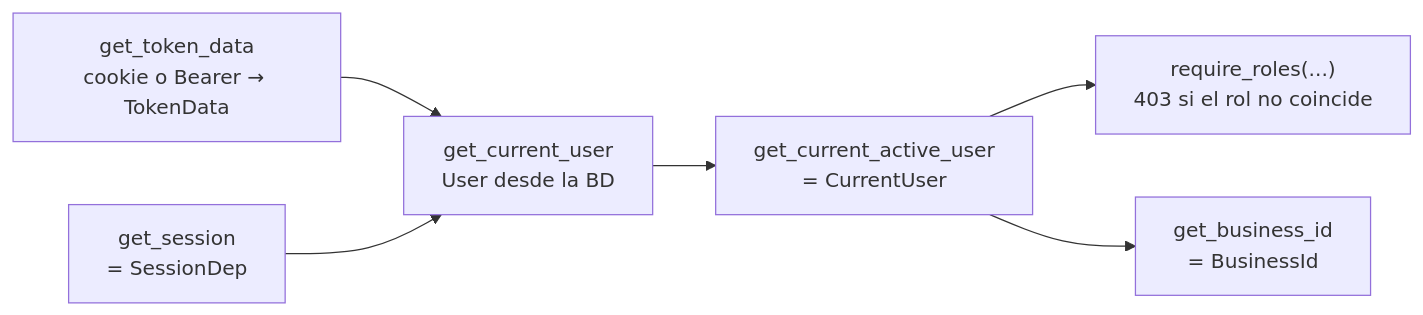
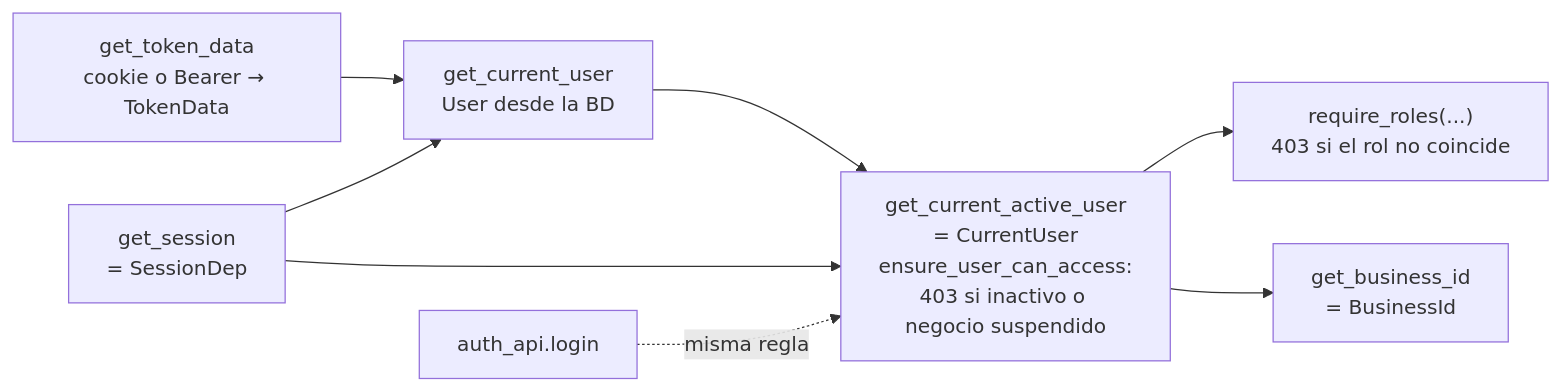
One commit to AGA-Studio/Member-Web changed the ninth of 11 diagrams in docs/ARCHITECTURE.md. Above: the diagram before and after it, drawn with Mermaid. The commit also changed other lines of this file, not shown here.

````diff
--- a/docs/ARCHITECTURE.md
+++ b/docs/ARCHITECTURE.md
@@ -216,8 +234,10 @@
 ```mermaid
 flowchart LR
     T["get_token_data<br/>cookie o Bearer → TokenData"] --> CU["get_current_user<br/>User desde la BD"]
-    CU --> CA["get_current_active_user<br/>= CurrentUser"]
+    CU --> CA["get_current_active_user<br/>= CurrentUser<br/>ensure_user_can_access:<br/>403 si inactivo o negocio suspendido"]
     CA --> RR["require_roles(...)<br/>403 si el rol no coincide"]
     CA --> BI["get_business_id<br/>= BusinessId"]
     SD["get_session<br/>= SessionDep"] --> CU
+    SD --> CA
+    LOGIN["auth_api.login"] -. "misma regla" .-> CA
 ```
````
